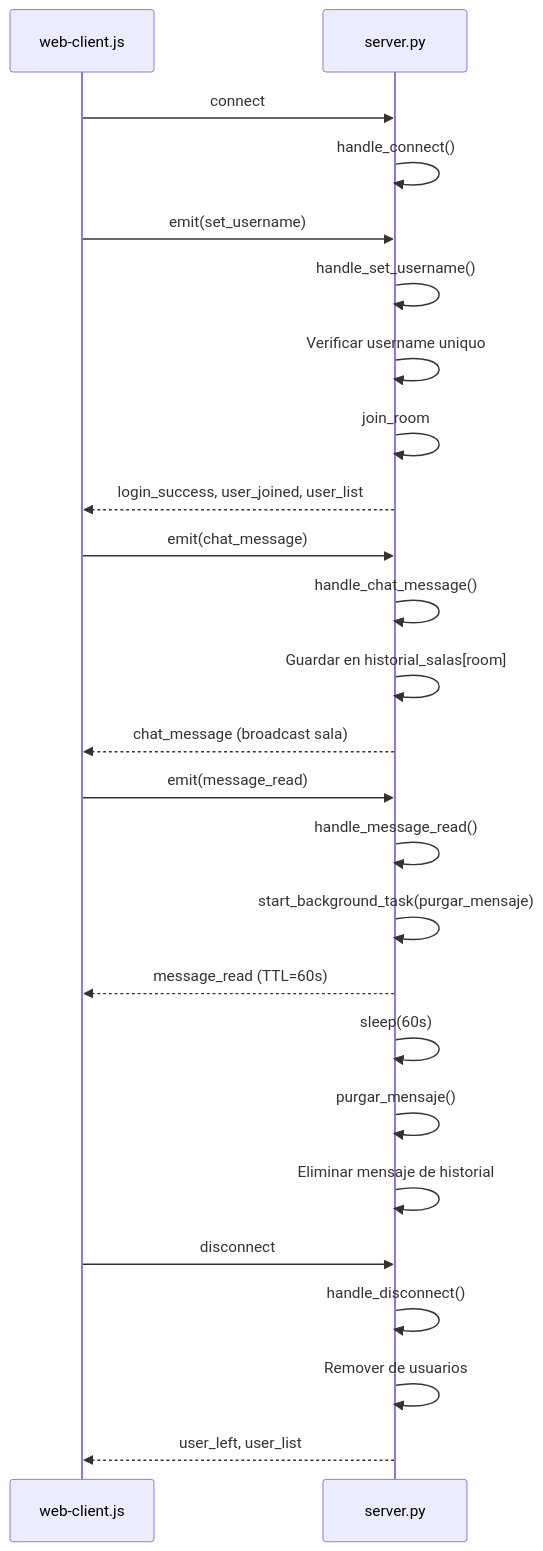
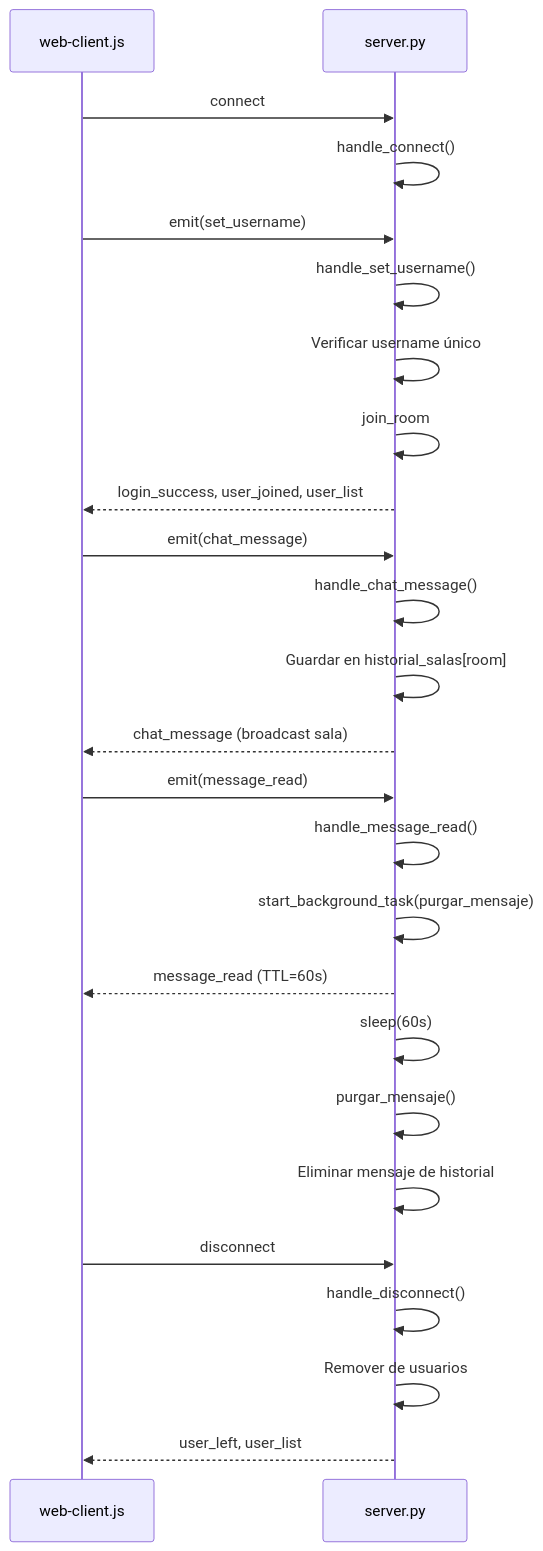
One commit to gamurigm/practica3 changed the third of 3 diagrams in README.MD. Above: the diagram before and after it, drawn with Mermaid. The commit also changed other lines of this file and 1 other file, not shown here.

Commit message:
feat: validacion de usuario obligatorio, logs con nombre real, README con diagramas y explicacion de cambios

````diff
--- a/README.MD
+++ b/README.MD
@@ -79,33 +229,33 @@
 ```mermaid
 sequenceDiagram
     participant C as web-client.js
     participant S as server.py
 
     C->>S: connect
     S->>S: handle_connect()
     
     C->>S: emit(set_username)
     S->>S: handle_set_username()
-    S->>S: Verificar username uniquo
+    S->>S: Verificar username único
     S->>S: join_room
     S-->>C: login_success, user_joined, user_list
     
     C->>S: emit(chat_message)
     S->>S: handle_chat_message()
     S->>S: Guardar en historial_salas[room]
     S-->>C: chat_message (broadcast sala)
     
     C->>S: emit(message_read)
     S->>S: handle_message_read()
     S->>S: start_background_task(purgar_mensaje)
     S-->>C: message_read (TTL=60s)
     
     S->>S: sleep(60s)
     S->>S: purgar_mensaje()
     S->>S: Eliminar mensaje de historial
     
     C->>S: disconnect
     S->>S: handle_disconnect()
     S->>S: Remover de usuarios
     S-->>C: user_left, user_list
 ```
````
